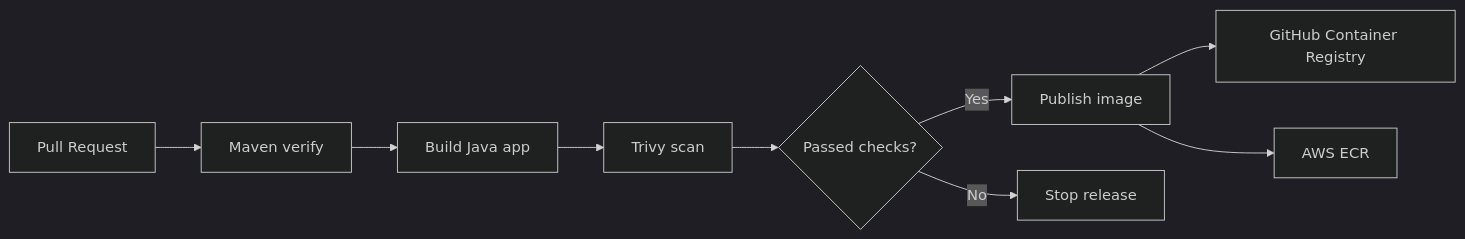
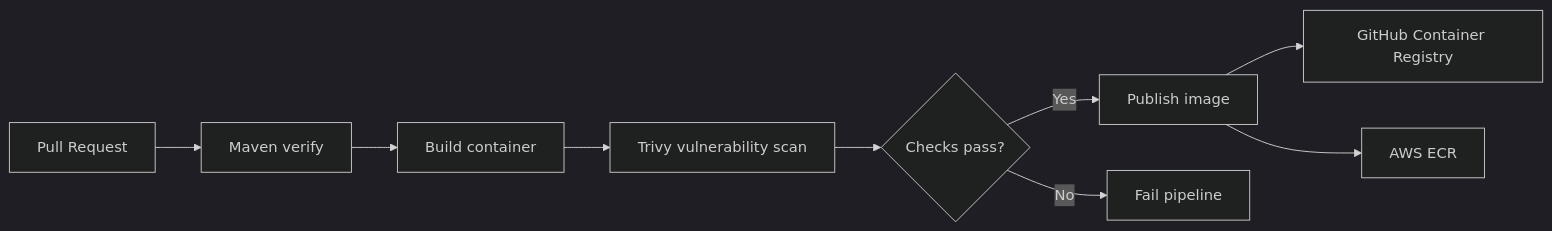
Before and after one commit to MasadiPradeepRao/java-aws-three-tier-platform: the fourth of 4 diagrams in README.md, drawn with Mermaid (dark theme). The commit also changed other lines of this file, not shown here.

Commit message:
Polish the README and add a real GitHub-renderable architecture asset under docs/assets to fix the earlier image issue.

````diff
--- a/README.md
+++ b/README.md
@@ -161,11 +145,11 @@
 ```mermaid
 flowchart LR
     PR[Pull Request] --> VERIFY[Maven verify]
-    VERIFY --> BUILD[Build Java app]
-    BUILD --> SCAN[Trivy scan]
-    SCAN --> PASS{Passed checks?}
+    VERIFY --> BUILD[Build container]
+    BUILD --> SCAN[Trivy vulnerability scan]
+    SCAN --> PASS{Checks pass?}
     PASS -- Yes --> PUBLISH[Publish image]
-    PASS -- No --> BLOCK[Stop release]
+    PASS -- No --> BLOCK[Fail pipeline]
     PUBLISH --> GHCR[GitHub Container Registry]
     PUBLISH --> ECR[AWS ECR]
 ```
````
